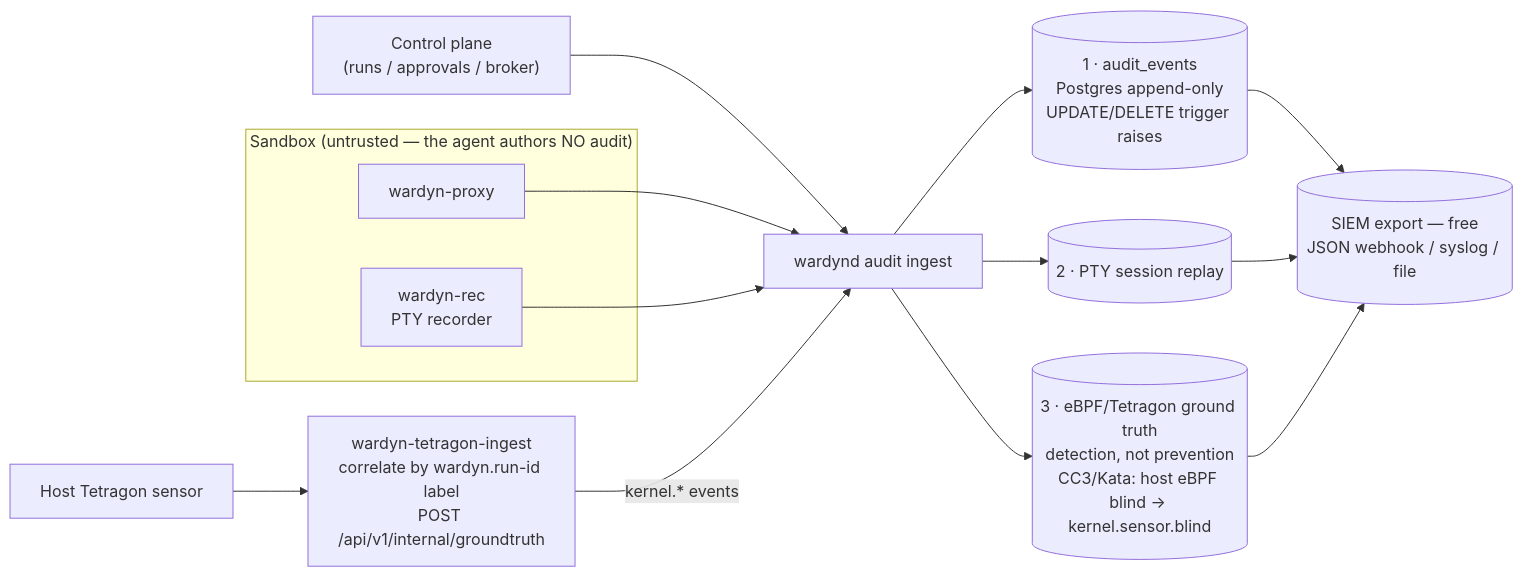
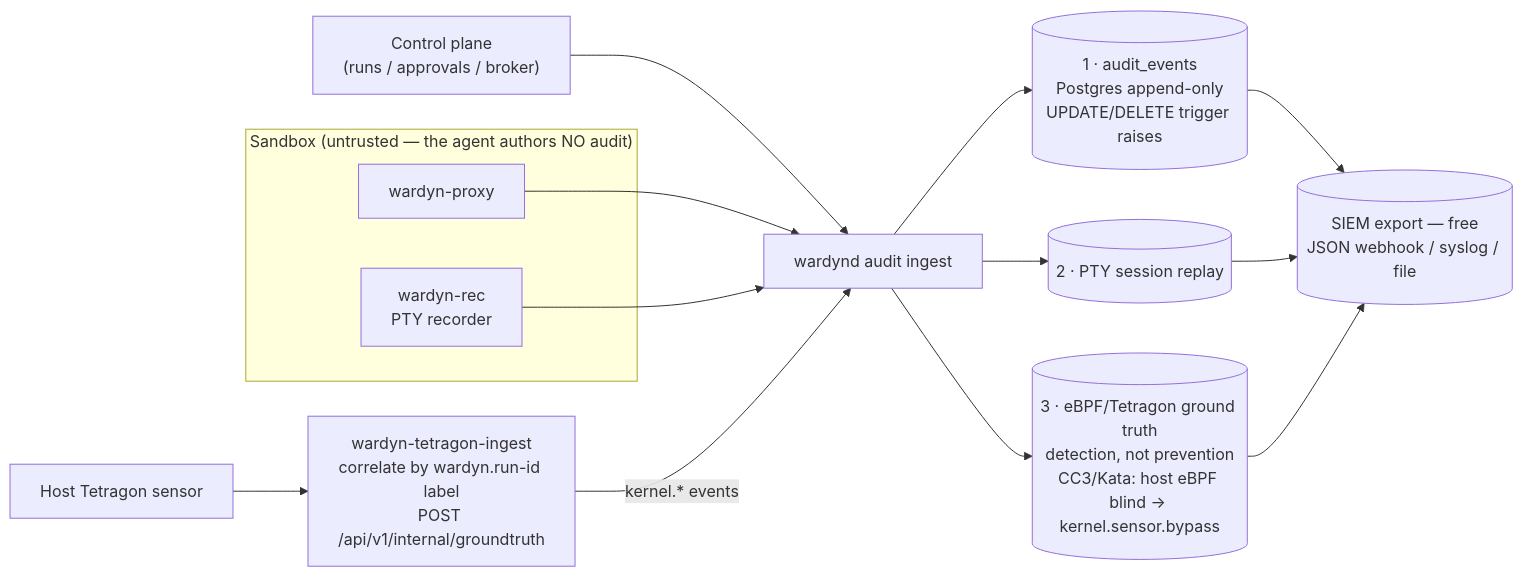
One commit to cjohnstoniv/wardyn changed the third of 3 diagrams in threatmodel/THREAT-MODEL.md. Above: the diagram before and after it, drawn with Mermaid. The commit also changed other lines of this file and 158 other files, not shown here.

````diff
--- a/threatmodel/THREAT-MODEL.md
+++ b/threatmodel/THREAT-MODEL.md
@@ -2967,18 +2967,18 @@
 ```mermaid
 flowchart LR
   subgraph sb["Sandbox (untrusted — the agent authors NO audit)"]
     rec["wardyn-rec<br/>PTY recorder"]
     proxy["wardyn-proxy"]
   end
   host["Host Tetragon sensor"] --> ingest["wardyn-tetragon-ingest<br/>correlate by wardyn.run-id label<br/>POST /api/v1/internal/groundtruth"]
   cp["Control plane<br/>(runs / approvals / broker)"] --> api["wardynd audit ingest"]
   proxy --> api
   rec --> api
   ingest -->|"kernel.* events"| api
   api --> s1[("1 · audit_events<br/>Postgres append-only<br/>UPDATE/DELETE trigger raises")]
   api --> s2[("2 · PTY session replay")]
-  api --> s3[("3 · eBPF/Tetragon ground truth<br/>detection, not prevention<br/>CC3/Kata: host eBPF blind -> kernel.sensor.blind")]
+  api --> s3[("3 · eBPF/Tetragon ground truth<br/>detection, not prevention<br/>CC3/Kata: host eBPF blind -> kernel.sensor.bypass")]
   s1 --> siem[("SIEM export — free<br/>JSON webhook / syslog / file")]
   s2 --> siem
   s3 --> siem
 ```
````
